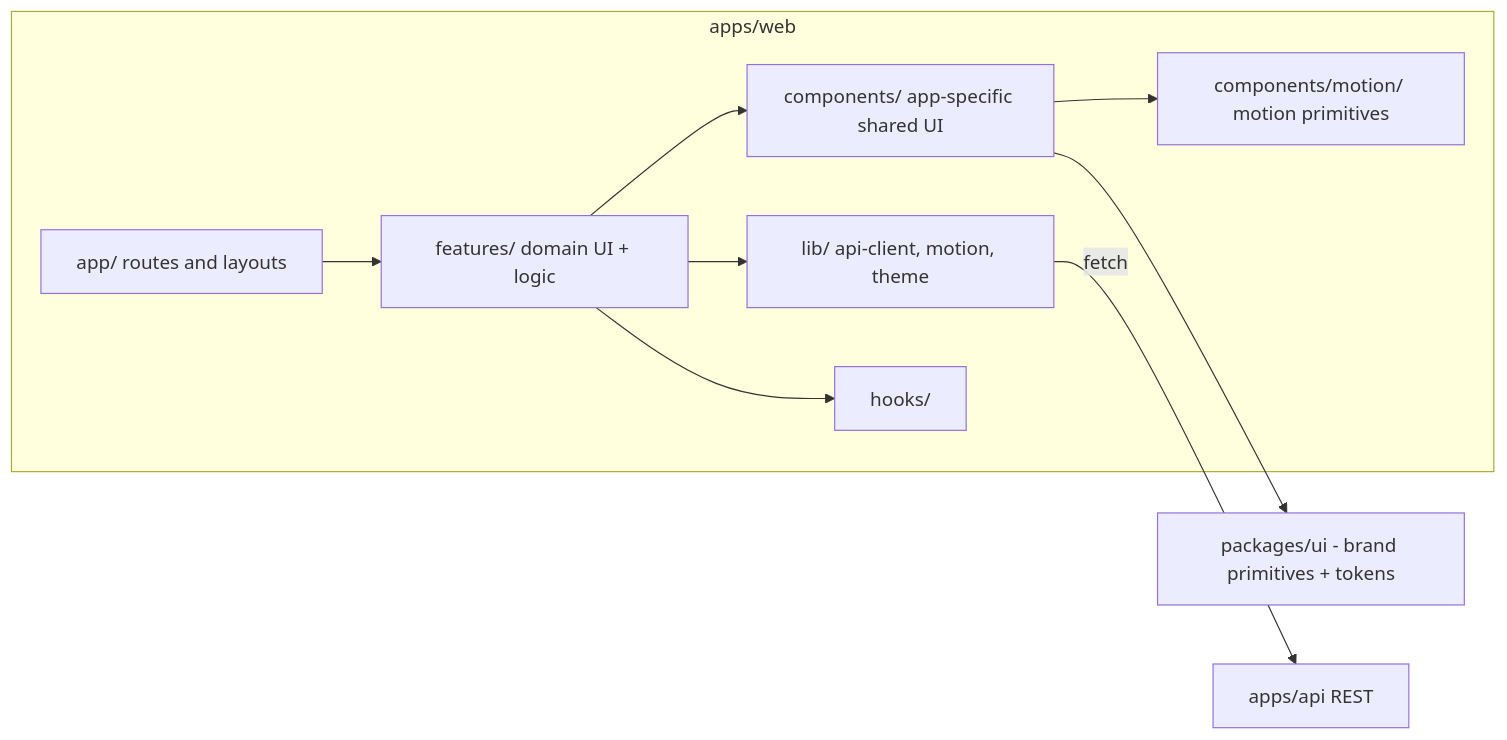
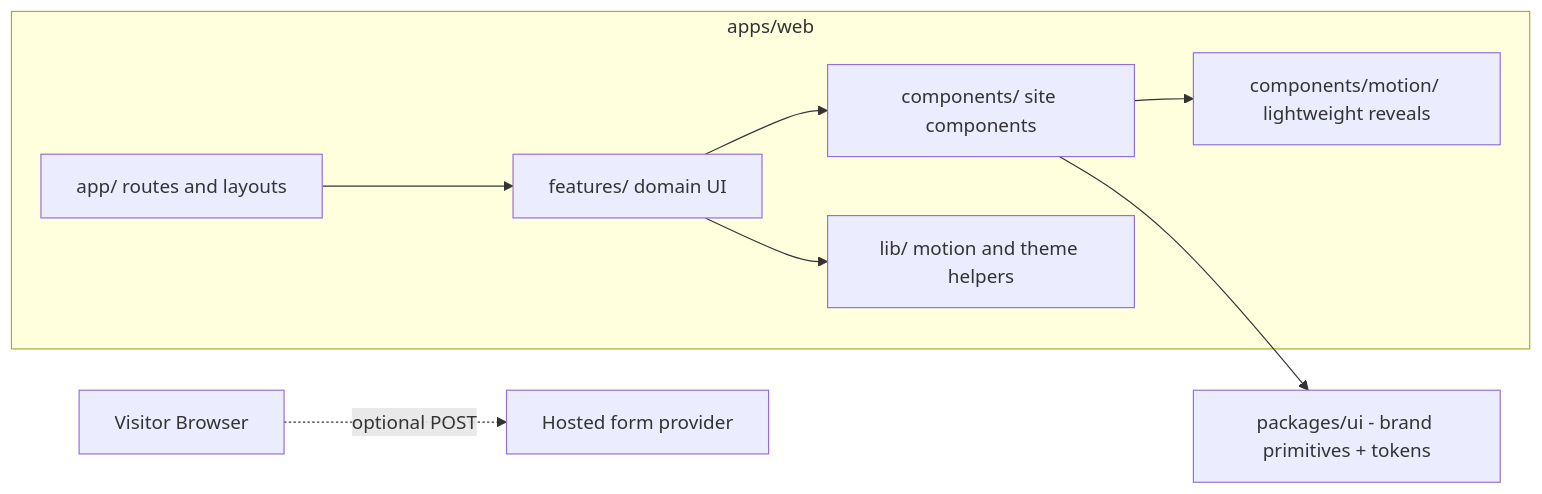
Before and after one commit to TahaSohail-Goat/ATS: the diagram in docs/architecture/frontend-architecture.md, drawn with Mermaid. The commit also changed other lines of this file and 116 other files, not shown here.

````diff
--- a/docs/architecture/frontend-architecture.md
+++ b/docs/architecture/frontend-architecture.md
@@ -5,12 +5,11 @@
 ```mermaid
 flowchart LR
     subgraph apps/web
-        A[app/ routes and layouts] --> F[features/ domain UI + logic]
-        F --> C[components/ app-specific shared UI]
-        C --> M[components/motion/ motion primitives]
-        F --> L[lib/ api-client, motion, theme]
-        F --> H[hooks/]
+        A[app/ routes and layouts] --> F[features/ domain UI]
+        F --> C[components/ site components]
+        C --> M[components/motion/ lightweight reveals]
+        F --> L[lib/ motion and theme helpers]
     end
     C --> UI[packages/ui - brand primitives + tokens]
-    L -->|fetch| API[apps/api REST]
+    Web[Visitor Browser] -. optional POST .-> Form[Hosted form provider]
 ```
````
